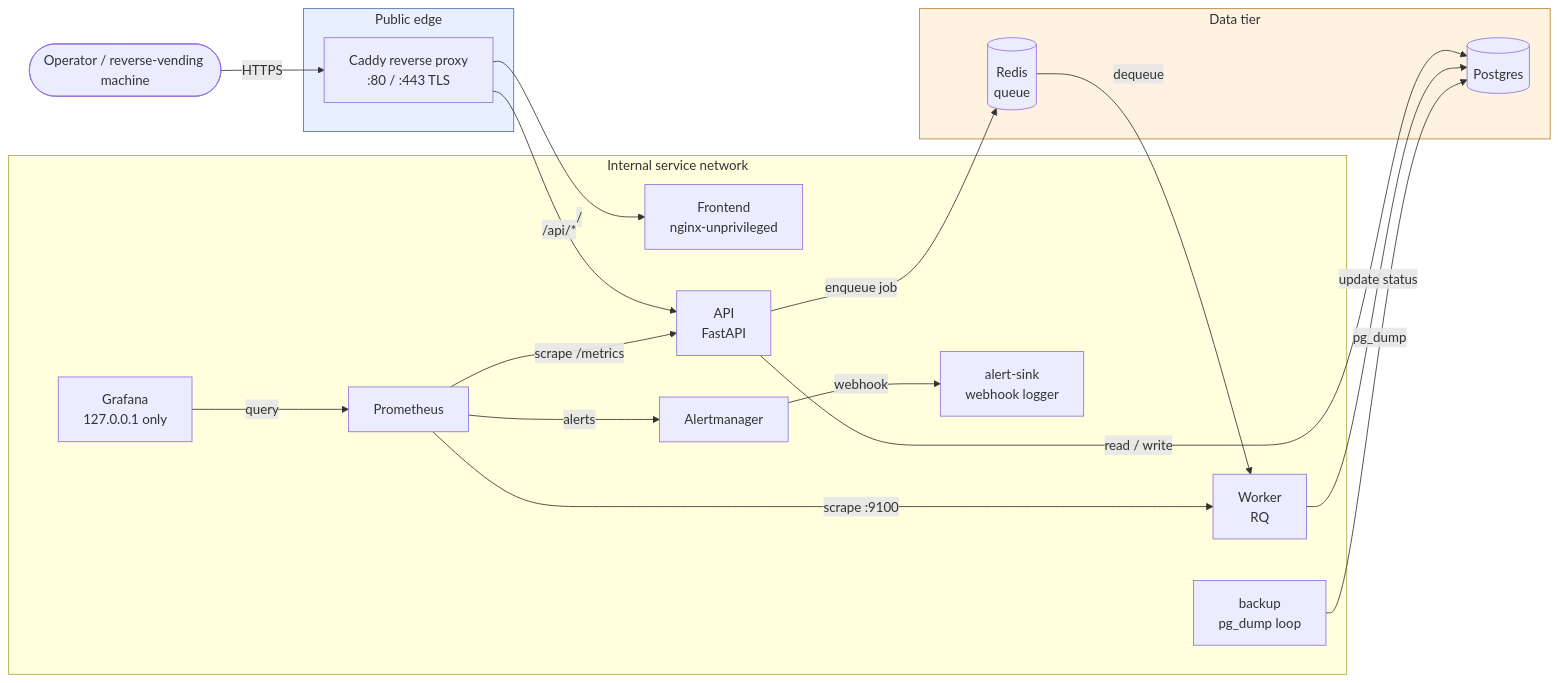
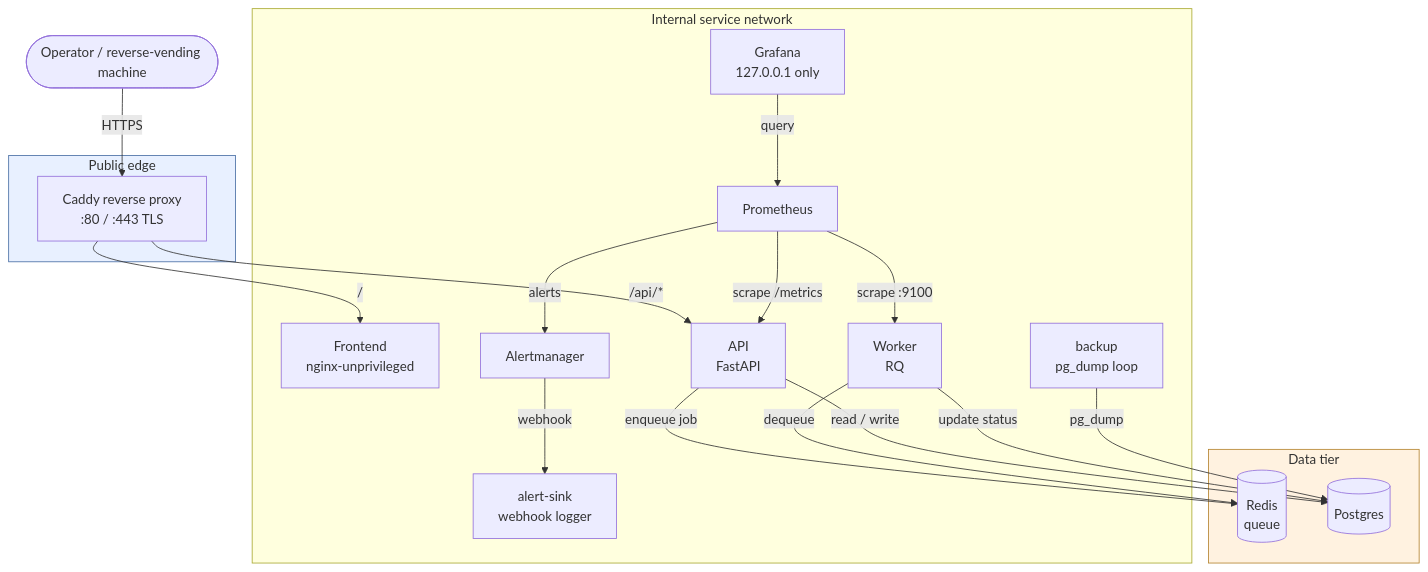
Before and after one commit to Nouran-11/dropme-recycling-platform: the diagram in docs/architecture.mmd, drawn with Mermaid. The commit also changed 1 other file, not shown here.

Commit message:
docs: move redis into data tier and improve diagram layout

```diff
--- a/docs/architecture.mmd
+++ b/docs/architecture.mmd
@@ -1,43 +1,44 @@
-flowchart LR
+flowchart TB
     operator([Operator / reverse-vending machine])
 
     subgraph edge[Public edge]
         caddy["Caddy reverse proxy<br/>:80 / :443 TLS"]
     end
 
     subgraph svc[Internal service network]
         frontend["Frontend<br/>nginx-unprivileged"]
         api["API<br/>FastAPI"]
         worker["Worker<br/>RQ"]
         prometheus["Prometheus"]
-        grafana["Grafana<br/>127.0.0.1 only"]
         alertmanager["Alertmanager"]
         alertsink["alert-sink<br/>webhook logger"]
+        grafana["Grafana<br/>127.0.0.1 only"]
         backup["backup<br/>pg_dump loop"]
     end
 
     subgraph data[Data tier]
         redis[("Redis<br/>queue")]
         postgres[("Postgres")]
     end
 
     operator -->|HTTPS| caddy
     caddy -->|"/"| frontend
     caddy -->|"/api/*"| api
 
     api -->|"enqueue job"| redis
-    redis -->|"dequeue"| worker
+    worker -->|"dequeue"| redis
+
     api -->|"read / write"| postgres
     worker -->|"update status"| postgres
+    backup -->|"pg_dump"| postgres
 
     prometheus -->|"scrape /metrics"| api
     prometheus -->|"scrape :9100"| worker
     prometheus -->|"alerts"| alertmanager
     alertmanager -->|"webhook"| alertsink
     grafana -->|"query"| prometheus
-    backup -->|"pg_dump"| postgres
 
     classDef edgeBox fill:#e8f0ff,stroke:#4a6fa5;
     classDef dataBox fill:#fff2e0,stroke:#b5842f;
     class edge edgeBox;
     class data dataBox;
```
